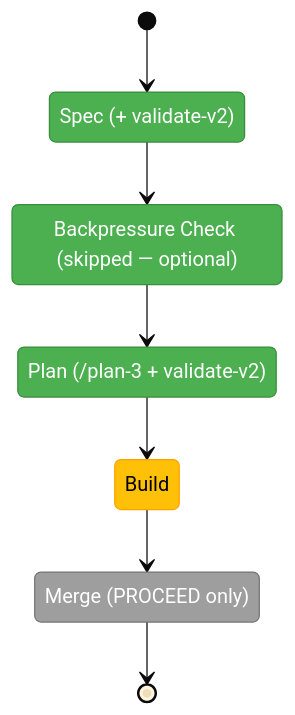
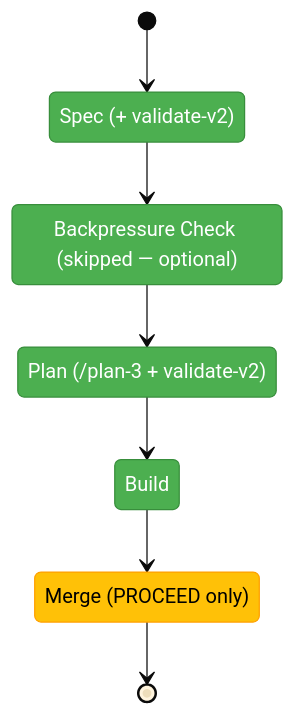
Before and after one commit to AI-Substrate/harness-engineering: the diagram in docs/plans/015-observe-retro-merge/observe-retro-merge.fltplan.md, drawn with Mermaid (base theme). The commit also changed other lines of this file and 6 other files, not shown here.

First line of the commit message:
docs(015): T012-T014 verification + dogfood drain record + flow advanced to merge seam

````diff
--- a/docs/plans/015-observe-retro-merge/observe-retro-merge.fltplan.md
+++ b/docs/plans/015-observe-retro-merge/observe-retro-merge.fltplan.md
@@ -11,23 +11,22 @@
 ```mermaid
 stateDiagram-v2
     classDef pending fill:#9E9E9E,stroke:#757575,color:#fff
     classDef active fill:#FFC107,stroke:#FFA000,color:#000
     classDef done fill:#4CAF50,stroke:#388E3C,color:#fff
 
     state "Spec (+ validate-v2)" as S1
     state "Backpressure Check (skipped — optional)" as S2
     state "Plan (/plan-3 + validate-v2)" as S3
     state "Build" as S4
     state "Merge (PROCEED only)" as S5
 
     [*] --> S1
     S1 --> S2
     S2 --> S3
     S3 --> S4
     S4 --> S5
     S5 --> [*]
 
-    class S1,S2,S3 done
-    class S4 active
-    class S5 pending
+    class S1,S2,S3,S4 done
+    class S5 active
 ```
````
